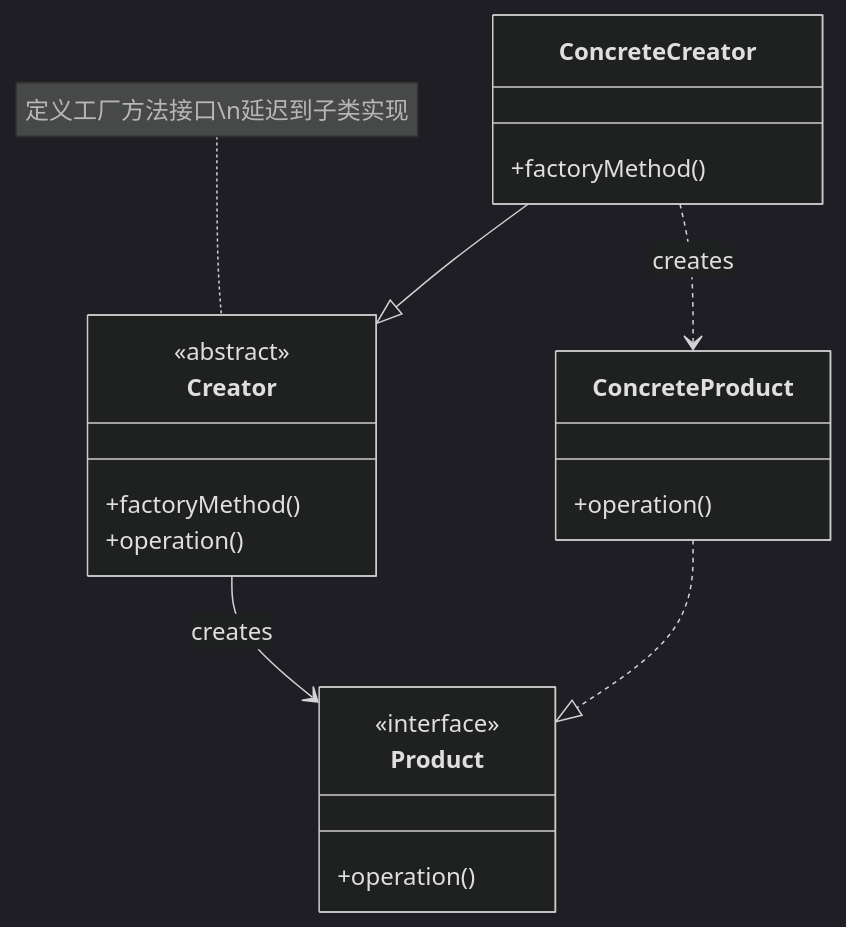
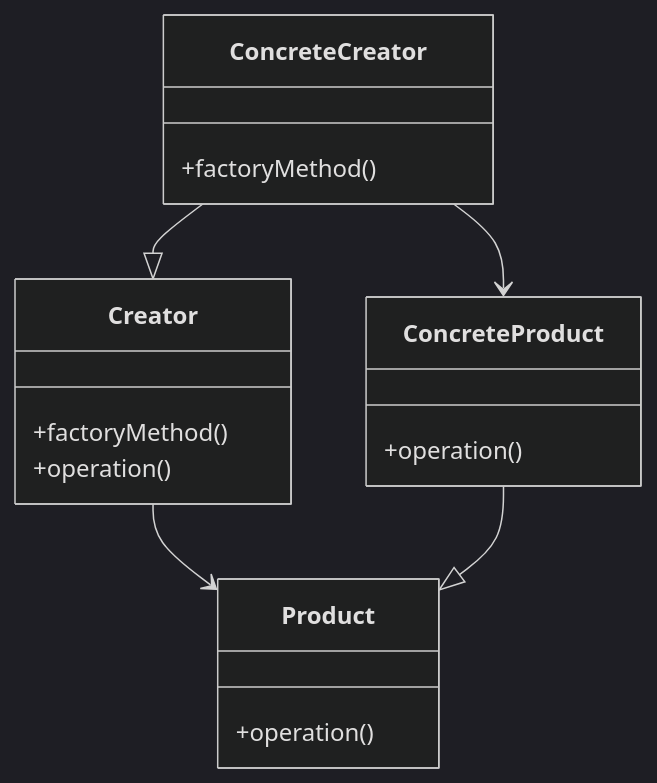
One commit to fanly/DesignPattern changed the first of 5 diagrams in resources/design-patterns/laravel/creational/factory_method_zh.md. Above: the diagram before and after it, drawn with Mermaid (dark theme). The commit also changed other lines of this file and 11 other files, not shown here.

````diff
--- a/resources/design-patterns/laravel/creational/factory_method_zh.md
+++ b/resources/design-patterns/laravel/creational/factory_method_zh.md
@@ -10,28 +10,24 @@
 ```mermaid
 classDiagram
     class Creator {
-        <<abstract>>
         +factoryMethod()
         +operation()
     }
     
     class ConcreteCreator {
         +factoryMethod()
     }
     
     class Product {
-        <<interface>>
         +operation()
     }
     
     class ConcreteProduct {
         +operation()
     }
     
-    Creator --> Product : creates
+    Creator --> Product
     ConcreteCreator --|> Creator
-    ConcreteProduct ..|> Product
-    ConcreteCreator ..> ConcreteProduct : creates
-    
-    note for Creator "定义工厂方法接口\n延迟到子类实现"
+    ConcreteProduct --|> Product
+    ConcreteCreator --> ConcreteProduct
 ```
````
